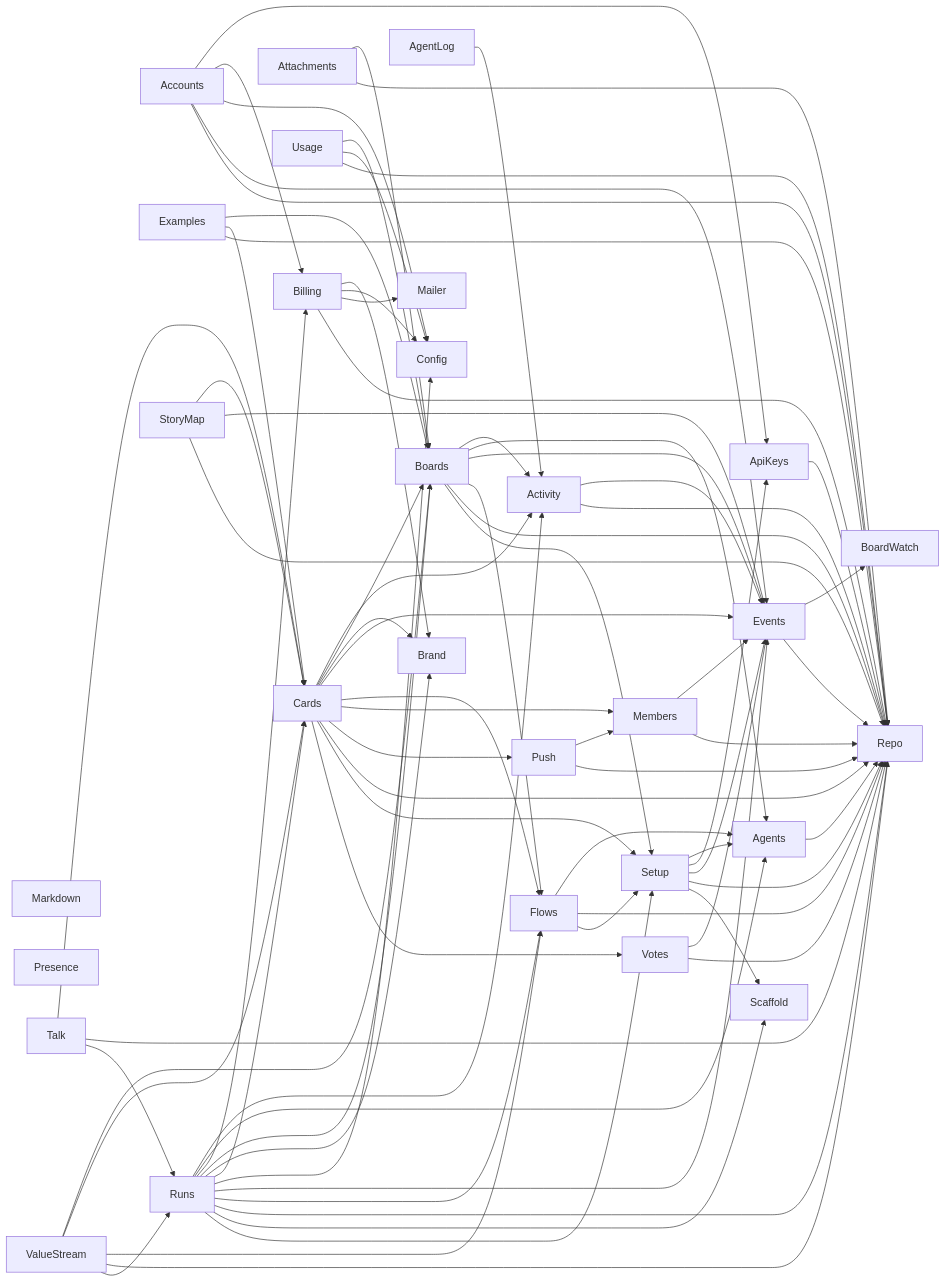
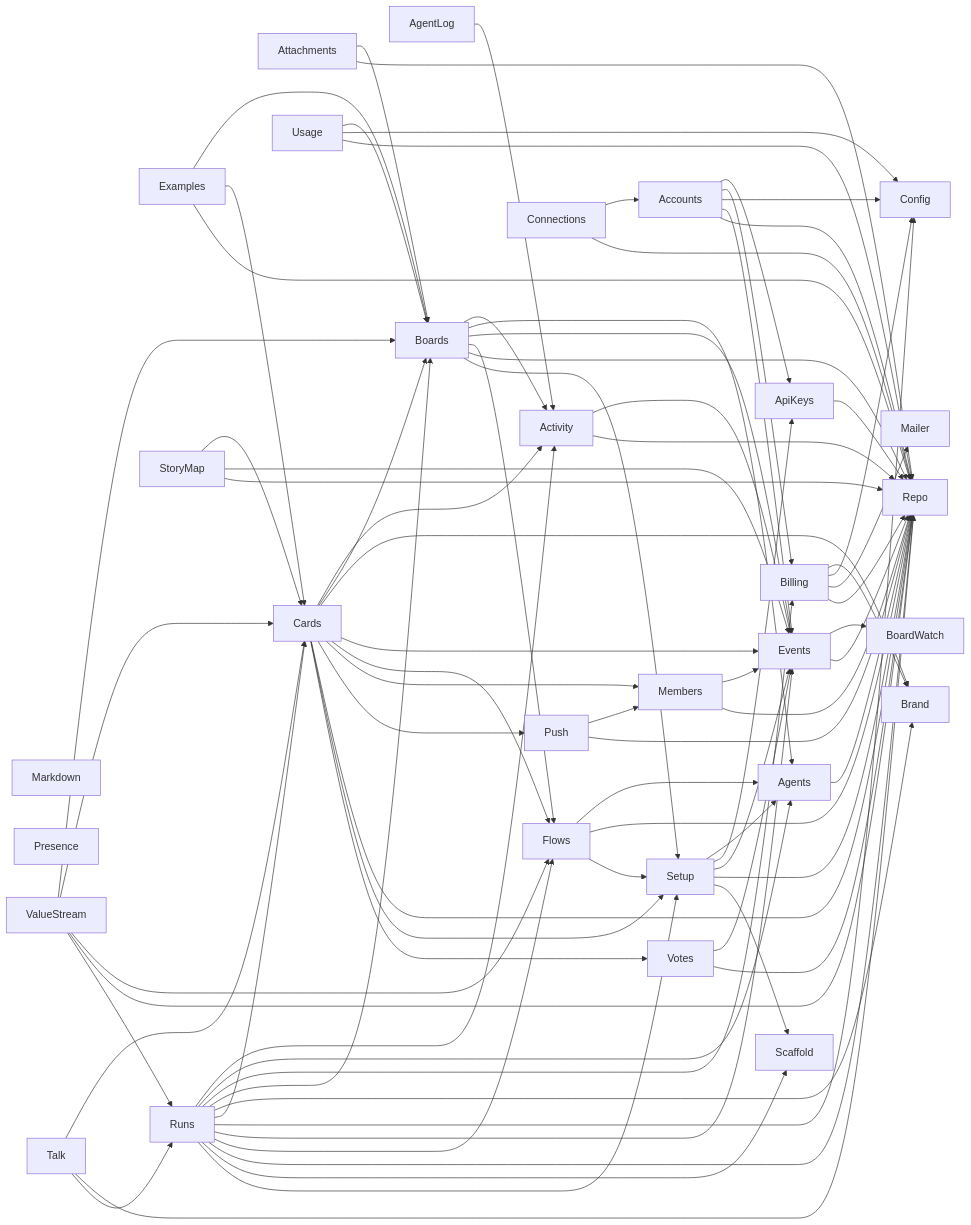
Before and after one commit to jeremylightsmith/relay: the second of 2 diagrams in docs/architecture/deps.md, drawn with Mermaid. The commit also changed 56 other files, not shown here.

```diff
--- a/docs/architecture/deps.md
+++ b/docs/architecture/deps.md
@@ -62,6 +62,8 @@
     Cards --> Repo
     Cards --> Setup
     Cards --> Votes
+    Connections --> Accounts
+    Connections --> Repo
     Events --> BoardWatch
     Events --> Repo
     Examples --> Boards
```
